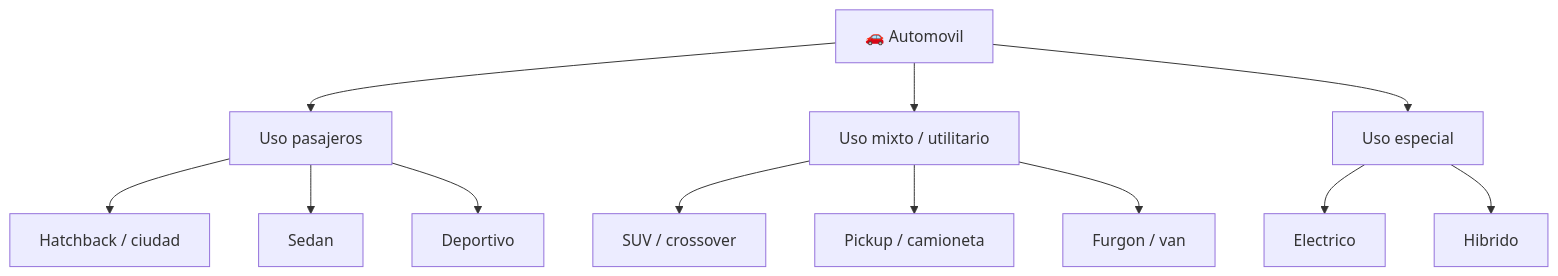
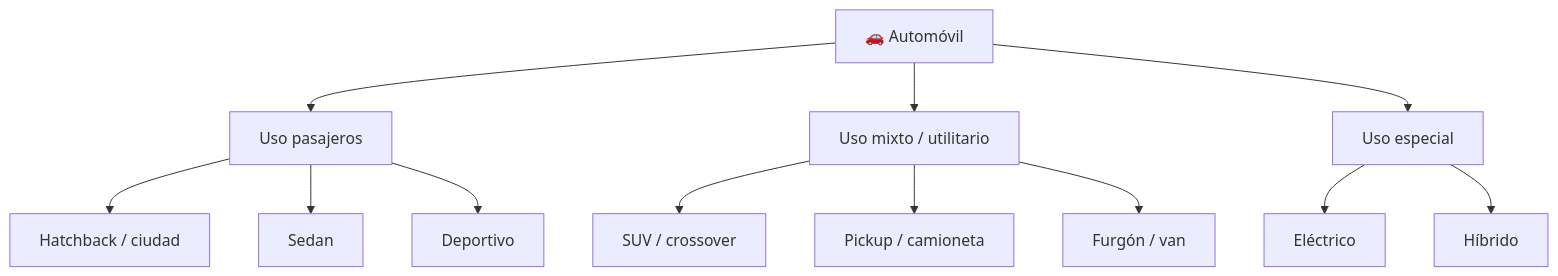
Before and after one commit to vladimiracunadev-create/machine-operator-program: the diagram in vehiculos/automoviles/operacion/caracteristicas-automovil.md, drawn with Mermaid. The commit also changed other lines of this file and 442 other files, not shown here.

````diff
--- a/vehiculos/automoviles/operacion/caracteristicas-automovil.md
+++ b/vehiculos/automoviles/operacion/caracteristicas-automovil.md
@@ -35,14 +35,14 @@
 ```mermaid
 flowchart TD
-    Auto[🚗 Automovil] --> Pasajeros[Uso pasajeros]
+    Auto[🚗 Automóvil] --> Pasajeros[Uso pasajeros]
     Auto --> Utilitario[Uso mixto / utilitario]
     Auto --> Especial[Uso especial]
     Pasajeros --> Hatch[Hatchback / ciudad]
     Pasajeros --> Sedan[Sedan]
     Pasajeros --> Deportivo[Deportivo]
     Utilitario --> SUV[SUV / crossover]
     Utilitario --> Pickup[Pickup / camioneta]
-    Utilitario --> Van[Furgon / van]
-    Especial --> Electrico[Electrico]
-    Especial --> Hibrido[Hibrido]
+    Utilitario --> Van[Furgón / van]
+    Especial --> Electrico[Eléctrico]
+    Especial --> Hibrido[Híbrido]
 ```
````
